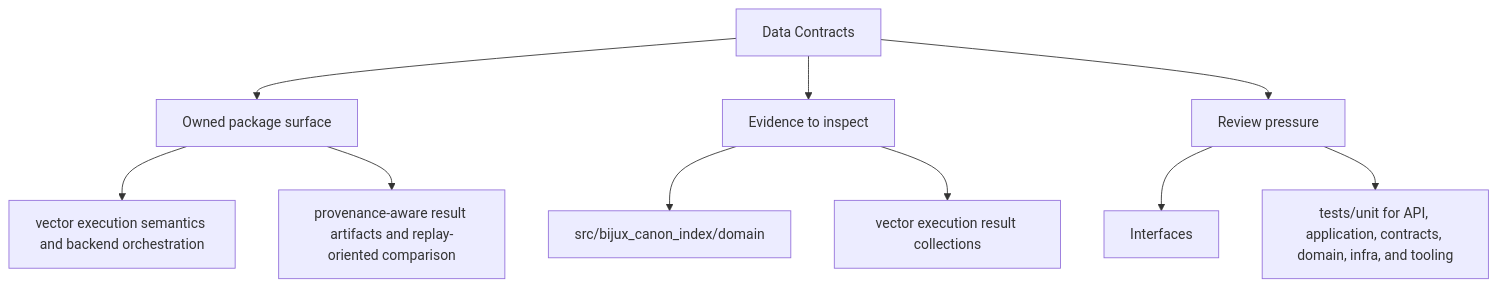
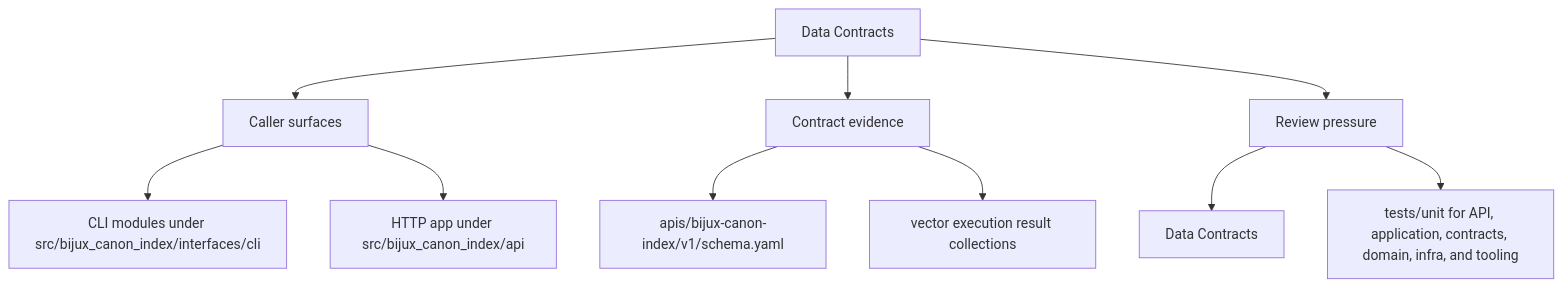
Before and after one commit to bijux/bijux-canon: the second of 2 diagrams in docs/bijux-canon-index/interfaces/data-contracts.md, drawn with Mermaid. The commit also changed other lines of this file and 250 other files, not shown here.

Commit message:
docs(diagrams): make product page maps more readable

````diff
--- a/docs/bijux-canon-index/interfaces/data-contracts.md
+++ b/docs/bijux-canon-index/interfaces/data-contracts.md
@@ -35,22 +35,22 @@
 ```mermaid
 flowchart TD
     page["Data Contracts"]
-    focus1["Owned package surface"]
+    focus1["Caller surfaces"]
     page --> focus1
-    focus1_1["vector execution semantics and backend orchestration"]
+    focus1_1["CLI modules under src/bijux_canon_index/interfaces/cli"]
     focus1 --> focus1_1
-    focus1_2["provenance-aware result artifacts and replay-oriented comparison"]
+    focus1_2["HTTP app under src/bijux_canon_index/api"]
     focus1 --> focus1_2
-    focus2["Evidence to inspect"]
+    focus2["Contract evidence"]
     page --> focus2
-    focus2_1["src/bijux_canon_index/domain"]
+    focus2_1["apis/bijux-canon-index/v1/schema.yaml"]
     focus2 --> focus2_1
     focus2_2["vector execution result collections"]
     focus2 --> focus2_2
     focus3["Review pressure"]
     page --> focus3
-    focus3_1["Interfaces"]
+    focus3_1["Data Contracts"]
     focus3 --> focus3_1
     focus3_2["tests/unit for API, application, contracts, domain, infra, and tooling"]
     focus3 --> focus3_2
 ```
````
